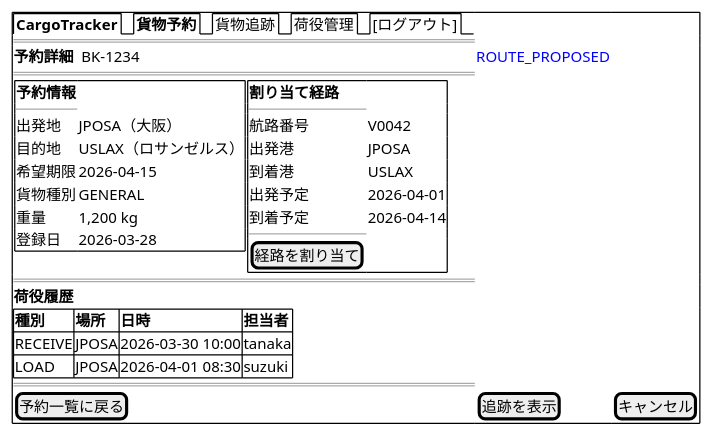
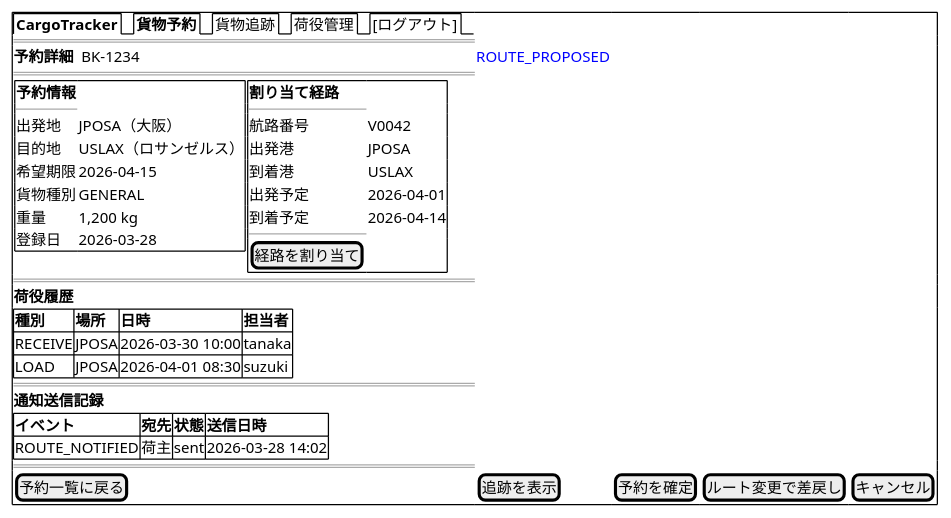
One commit to k2works/case-study-cargo-tracker changed the seventh of 18 diagrams in docs/design/ui_design.md. Above: the diagram before and after it, drawn with PlantUML. The commit also changed other lines of this file and 3 other files, not shown here.

````diff
--- a/docs/design/ui_design.md
+++ b/docs/design/ui_design.md
@@ -639,42 +646,48 @@
 ```plantuml
 @startsalt
 {+
   {/ <b>CargoTracker</b> | <b>貨物予約</b> | 貨物追跡 | 荷役管理 | [ログアウト] }
   ==
   <b>予約詳細</b>  BK-1234  |  <color:blue>ROUTE_PROPOSED</color>
   ==
   {
     {+
       <b>予約情報</b>
       ----
       出発地     | JPOSA（大阪）
       目的地     | USLAX（ロサンゼルス）
       希望期限   | 2026-04-15
       貨物種別   | GENERAL
       重量       | 1,200 kg
       登録日     | 2026-03-28
     } |
     {+
       <b>割り当て経路</b>
       ----
       航路番号   | V0042
       出発港     | JPOSA
       到着港     | USLAX
       出発予定   | 2026-04-01
       到着予定   | 2026-04-14
       ----
       [経路を割り当て]
     }
   }
   ==
   <b>荷役履歴</b>
   {#
     **種別** | **場所** | **日時** | **担当者**
     RECEIVE  | JPOSA    | 2026-03-30 10:00 | tanaka
     LOAD     | JPOSA    | 2026-04-01 08:30 | suzuki
   }
   ==
-  [予約一覧に戻る] | [追跡を表示] | [キャンセル]
+  <b>通知送信記録</b>
+  {#
+    **イベント** | **宛先** | **状態** | **送信日時**
+    ROUTE_NOTIFIED | 荷主 | sent | 2026-03-28 14:02
+  }
+  ==
+  [予約一覧に戻る] | [追跡を表示] | [予約を確定] | [ルート変更で差戻し] | [キャンセル]
 }
 @endsalt
 ```
````
